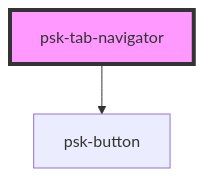
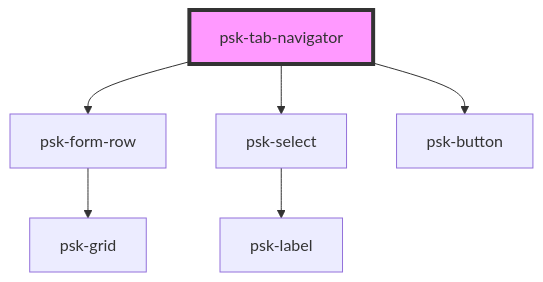
Before and after one commit to daniel-visoiu/cardinal: the diagram in src/components/psk-tabs/psk-tab-navigator/readme.md, drawn with Mermaid. The commit also changed other lines of this file and 7 other files, not shown here.

First line of the commit message:
psk-tab-navigator

````diff
--- a/src/components/psk-tabs/psk-tab-navigator/readme.md
+++ b/src/components/psk-tabs/psk-tab-navigator/readme.md
@@ -22,5 +25,9 @@
 ```mermaid
 graph TD;
+  psk-tab-navigator --> psk-form-row
+  psk-tab-navigator --> psk-select
   psk-tab-navigator --> psk-button
+  psk-form-row --> psk-grid
+  psk-select --> psk-label
   style psk-tab-navigator fill:#f9f,stroke:#333,stroke-width:4px
 ```
````
